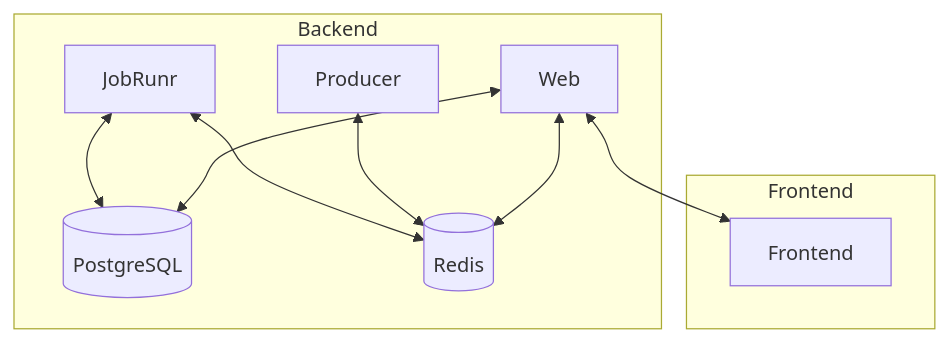
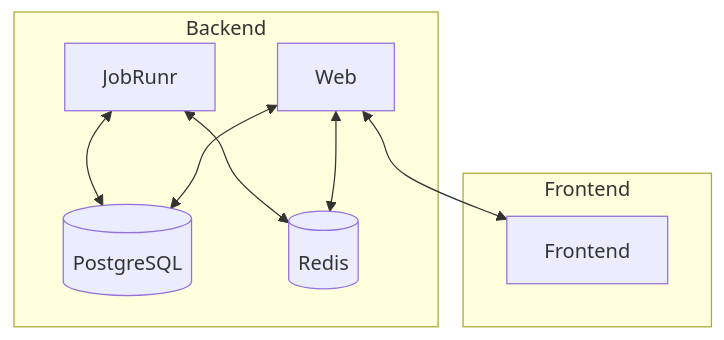
The diagram in java/README.md (mangila/fibonacci), drawn with Mermaid before and after one commit. The commit also changed other lines of this file and 13 other files, not shown here.

First line of the commit message:
Consolidate "producer" module into "jobrunr" and refactor for modular JobRunr workflows:

````diff
--- a/java/README.md
+++ b/java/README.md
@@ -37,23 +36,22 @@
 ```mermaid
 graph TD
     subgraph "Backend"
         Web[Web]
         Scheduler[JobRunr]
-        Producer[Producer]
+        Scheduler[JobRunr]
         DB[(PostgreSQL)]
         DB2[(Redis)]
     end
 
     subgraph "Frontend"
         Client[Frontend]
     end
 
     Scheduler <--> DB
     Scheduler <--> DB2
-    Producer <--> DB2
     Web <--> DB
     Web <--> DB2
     Web <--> Client
 
 
 ```
````
